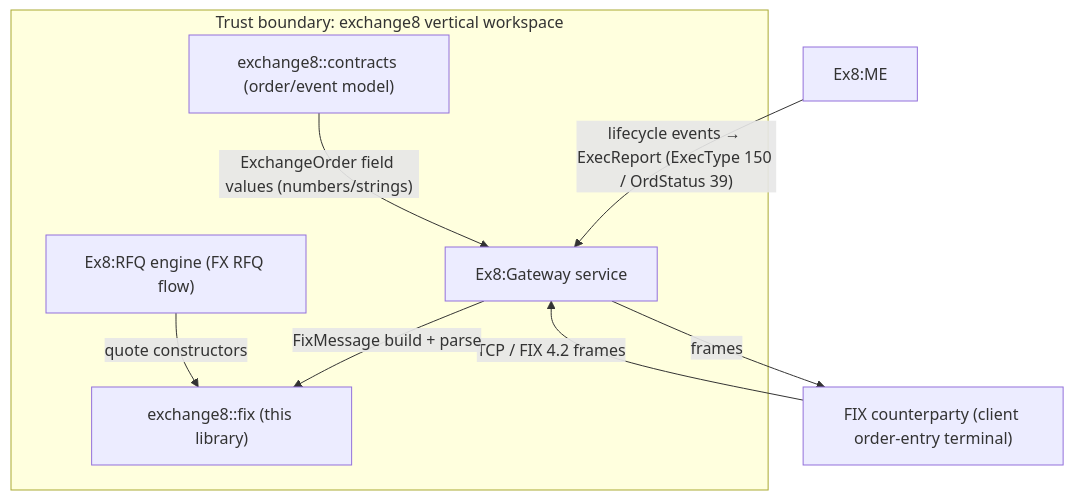
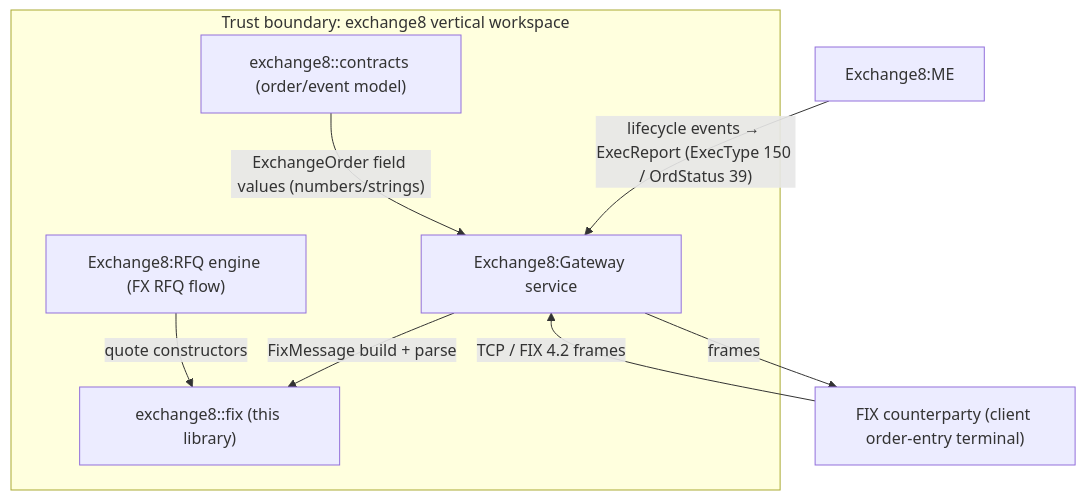
The first of 5 diagrams in crates/fix/DESIGN.md (Exchange8-dev/exchange8-sdk), drawn with Mermaid before and after one commit. The commit also changed other lines of this file and 29 other files, not shown here.

````diff
--- a/crates/fix/DESIGN.md
+++ b/crates/fix/DESIGN.md
@@ -32,19 +32,19 @@
 ```mermaid
 graph TD
     subgraph exchange8["Trust boundary: exchange8 vertical workspace"]
         FIX["exchange8::fix (this library)"]
-        GW["Ex8:Gateway service"]
+        GW["Exchange8:Gateway service"]
         CONTRACTS["exchange8::contracts (order/event model)"]
-        RFQC["Ex8:RFQ engine (FX RFQ flow)"]
+        RFQC["Exchange8:RFQ engine (FX RFQ flow)"]
     end
 
     CP["FIX counterparty (client order-entry terminal)"]
-    ME["Ex8:ME"]
+    ME["Exchange8:ME"]
 
     CP -->|"TCP / FIX 4.2 frames"| GW
     GW -->|"frames"| CP
     GW -->|"FixMessage build + parse"| FIX
     RFQC -->|"quote constructors"| FIX
     ME -->|"lifecycle events → ExecReport (ExecType 150 / OrdStatus 39)"| GW
     CONTRACTS -->|"ExchangeOrder field values (numbers/strings)"| GW
 ```
````
